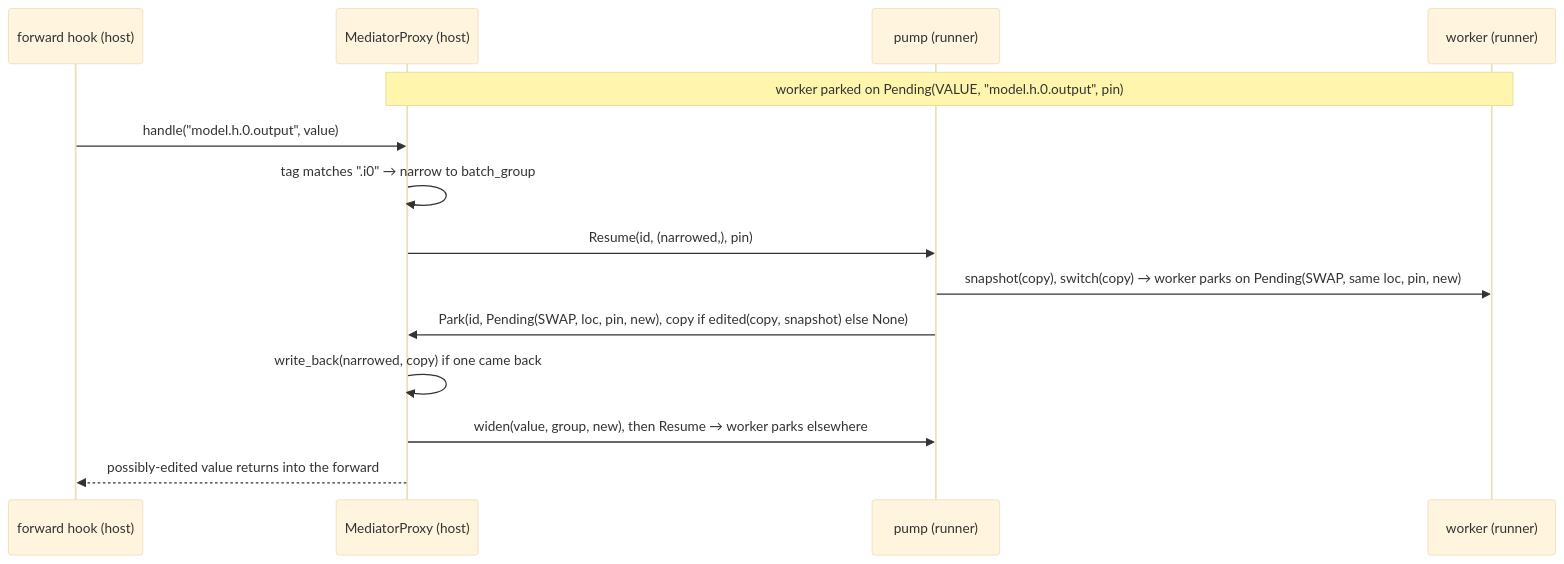
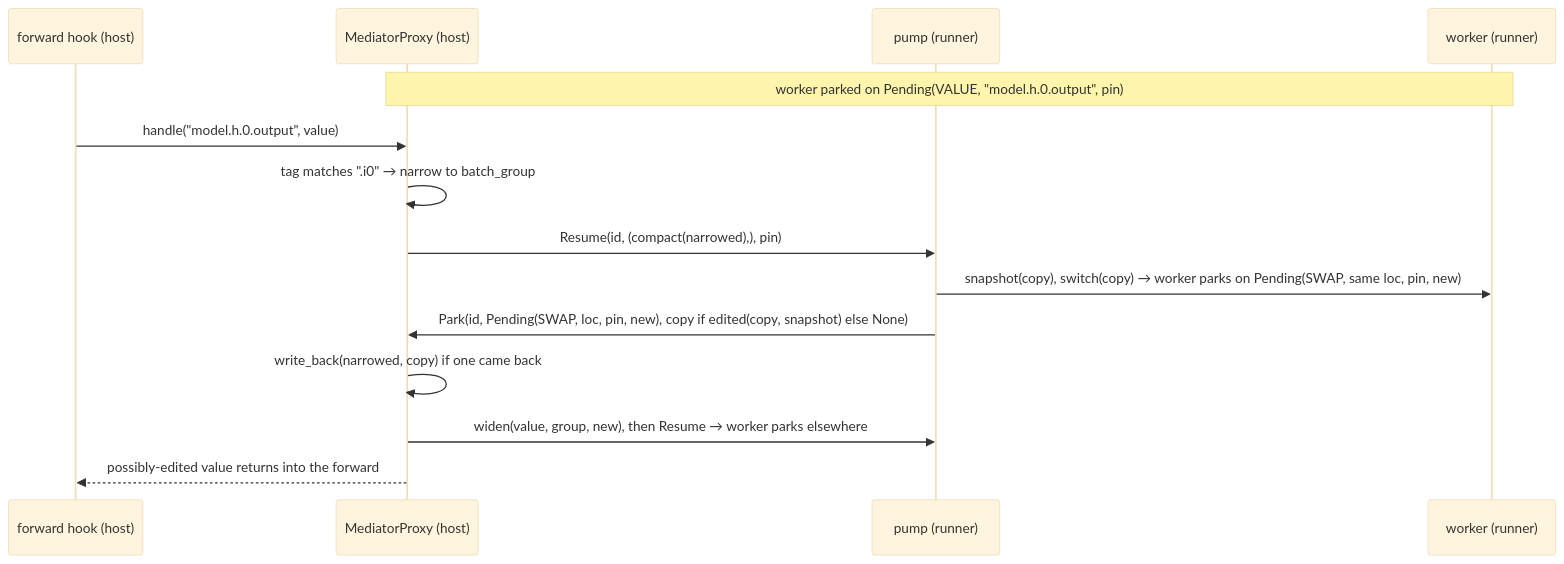
Before and after one commit to ndif-team/ndif: the diagram in docs/developing/sandbox-internals.md, drawn with Mermaid (base theme). The commit also changed other lines of this file and 5 other files, not shown here.

````diff
--- a/docs/developing/sandbox-internals.md
+++ b/docs/developing/sandbox-internals.md
@@ -321,16 +321,16 @@
 ```mermaid
 sequenceDiagram
   participant F as forward hook (host)
   participant P as MediatorProxy (host)
   participant U as pump (runner)
   participant W as worker (runner)
   Note over W,P: worker parked on Pending(VALUE, "model.h.0.output", pin)
   F->>P: handle("model.h.0.output", value)
   P->>P: tag matches ".i0" → narrow to batch_group
-  P->>U: Resume(id, (narrowed,), pin)
+  P->>U: Resume(id, (compact(narrowed),), pin)
   U->>W: snapshot(copy), switch(copy) → worker parks on Pending(SWAP, same loc, pin, new)
   U->>P: Park(id, Pending(SWAP, loc, pin, new), copy if edited(copy, snapshot) else None)
   P->>P: write_back(narrowed, copy) if one came back
   P->>U: widen(value, group, new), then Resume → worker parks elsewhere
   P-->>F: possibly-edited value returns into the forward
 ```
````
